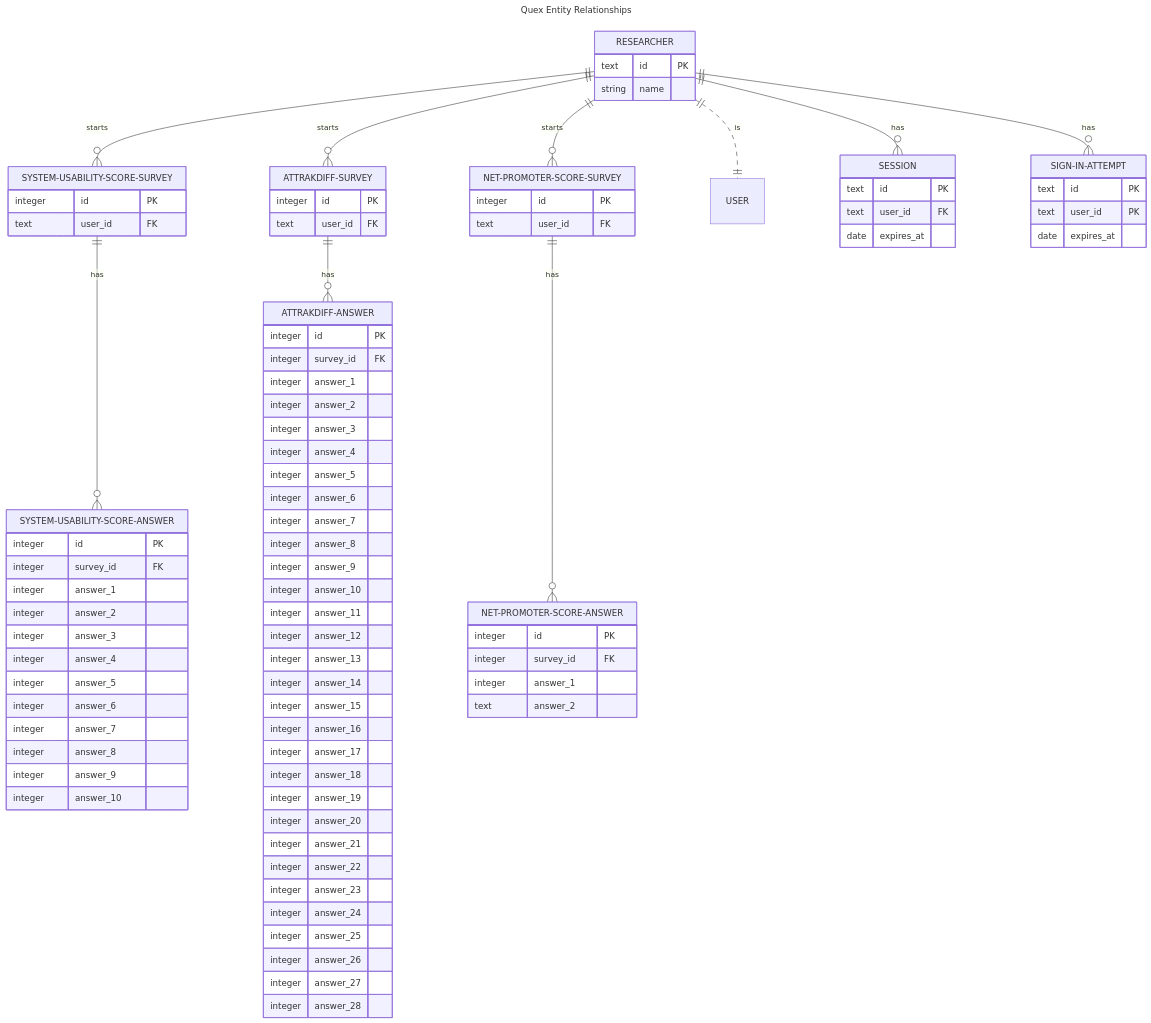
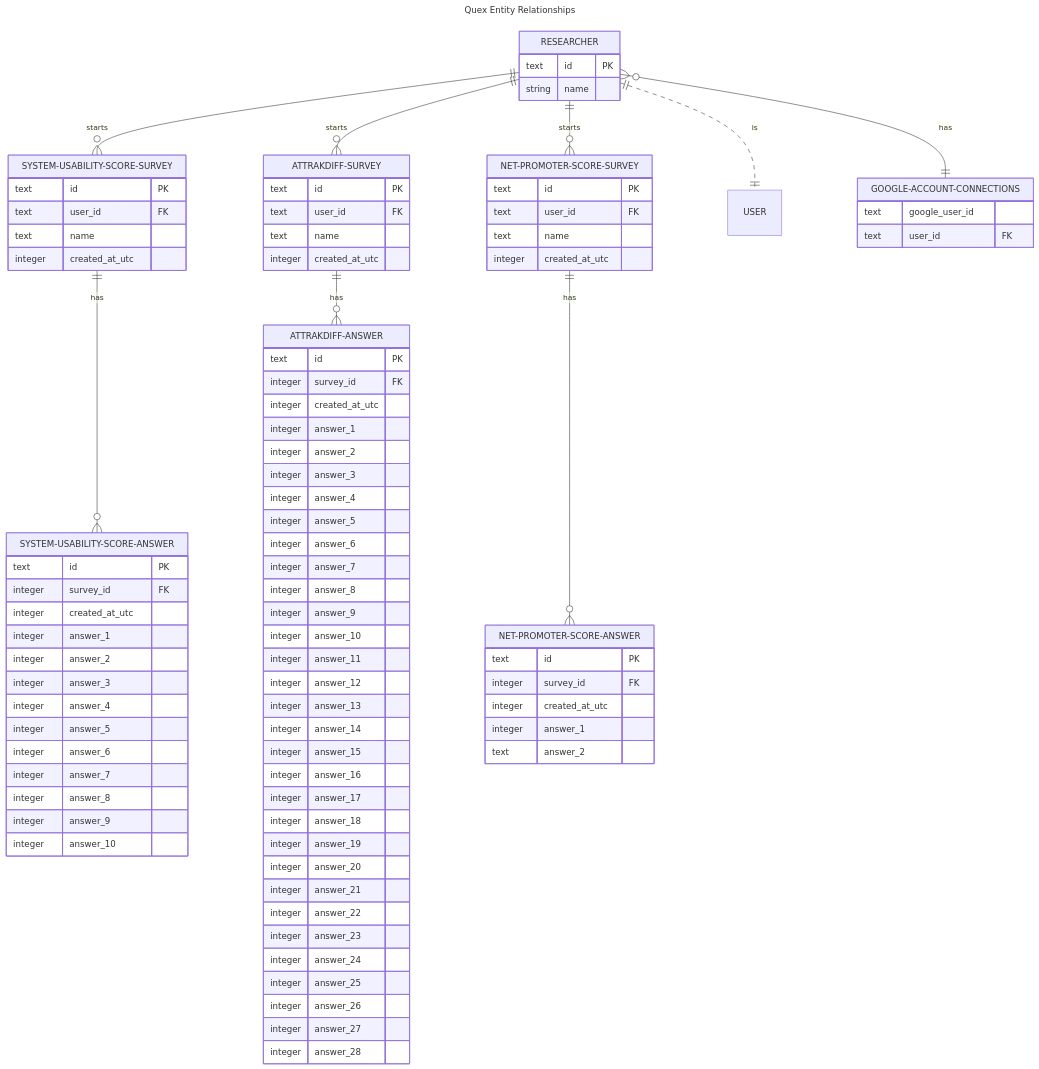
Before and after one commit to nc-apps/quex: the diagram in docs/Entity Relationships.md, drawn with Mermaid.

Commit message:
Update relationship status

```diff
--- a/docs/Entity Relationships.md
+++ b/docs/Entity Relationships.md
@@ -17,8 +17,8 @@
     ATTRAKDIFF-SURVEY 1--0+ ATTRAKDIFF-ANSWER : has
     NET-PROMOTER-SCORE-SURVEY 1--0+ NET-PROMOTER-SCORE-ANSWER : has
 
-    RESEARCHER 1--0+ SESSION : has
-    RESEARCHER 1--0+ SIGN-IN-ATTEMPT : has
+    RESEARCHER 0+--1 GOOGLE-ACCOUNT-CONNECTIONS : has
+
 
     RESEARCHER {
         text id PK
@@ -26,13 +26,16 @@
     }
 
     SYSTEM-USABILITY-SCORE-SURVEY {
-        integer id PK
+        text id PK
         text user_id FK
+        text name
+        integer created_at_utc
     }
 
     SYSTEM-USABILITY-SCORE-ANSWER {
-        integer id PK
+        text id PK
         integer survey_id FK
+        integer created_at_utc
         integer answer_1
         integer answer_2
         integer answer_3
@@ -46,13 +49,16 @@
     }
 
     ATTRAKDIFF-SURVEY {
-        integer id PK
+        text id PK
         text user_id FK
+        text name
+        integer created_at_utc
     }
 
     ATTRAKDIFF-ANSWER {
-        integer id PK
+        text id PK
         integer survey_id FK
+        integer created_at_utc
         integer answer_1
         integer answer_2
         integer answer_3
@@ -84,27 +90,23 @@
     }
 
     NET-PROMOTER-SCORE-SURVEY {
-        integer id PK
+        text id PK
         text user_id FK
+        text name
+        integer created_at_utc
     }
 
     NET-PROMOTER-SCORE-ANSWER {
-        integer id PK
+        text id PK
         integer survey_id FK
+        integer created_at_utc
         integer answer_1
         text answer_2
     }
 
-    SESSION {
-        text id PK
+    GOOGLE-ACCOUNT-CONNECTIONS {
+        text google_user_id
         text user_id FK
-        date expires_at
-    }
-
-    SIGN-IN-ATTEMPT {
-        text id PK
-        text user_id PK
-        date expires_at
     }
 
 
```
